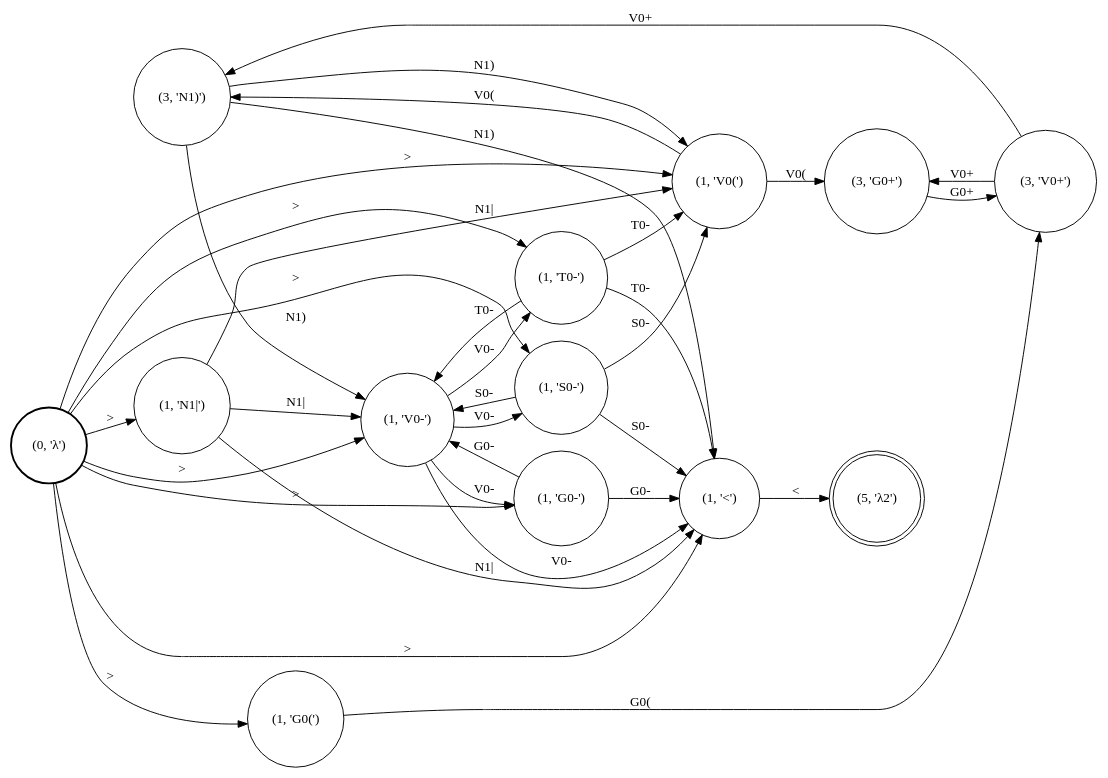
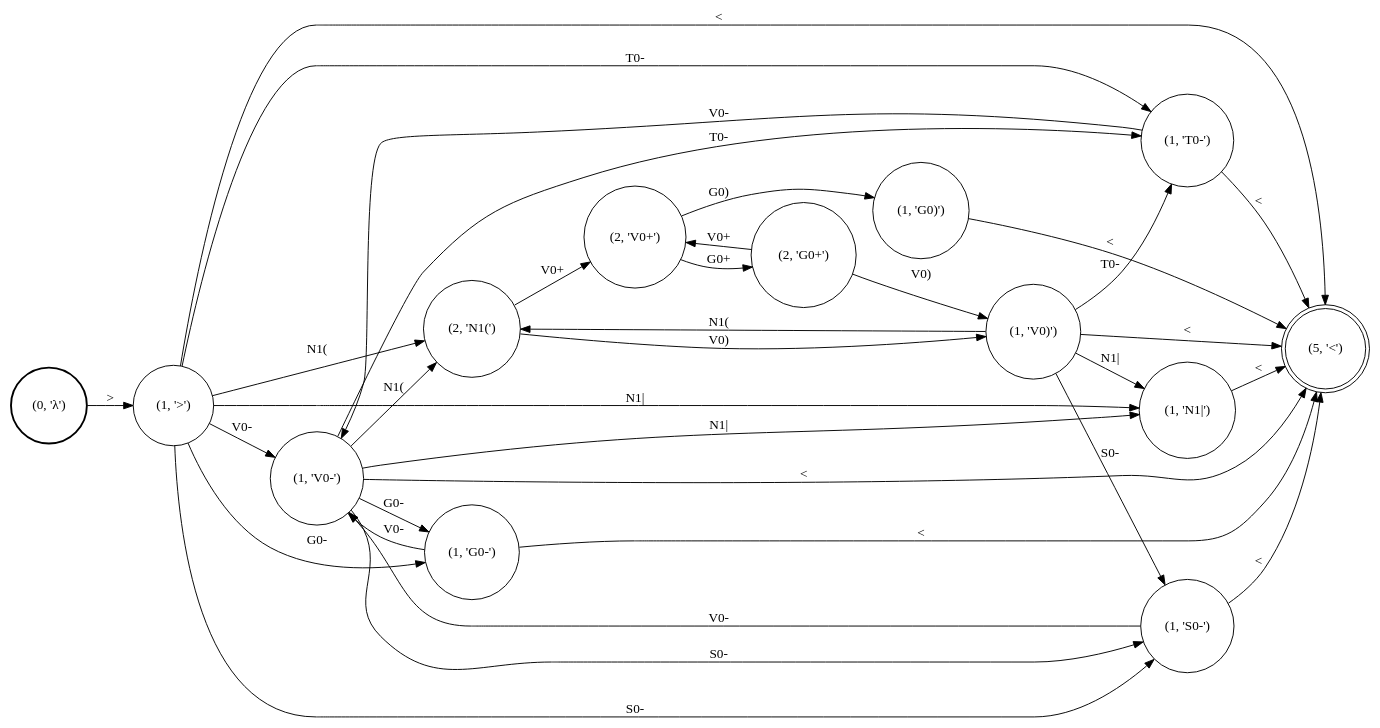
Before and after one commit to colincwilson/statgram: the diagram in demo/nasal_spreading/Lang_nasal.dot, drawn with Graphviz. The commit also changed 12 other files, not shown here.

```diff
--- a/demo/nasal_spreading/Lang_nasal.dot
+++ b/demo/nasal_spreading/Lang_nasal.dot
@@ -1,50 +1,50 @@
 digraph G {
 rankdir=LR;
 node [shape=circle]
-0 [label="(3, 'N1)')"]
-1 [label="(1, 'G0-')"]
-2 [label="(1, 'V0(')"]
-3 [label="(3, 'G0+')"]
-4 [label="(1, 'T0-')"]
-5 [label="(1, '<')"]
-6 [shape=doublecircle label="(5, 'λ2')"]
-7 [label="(3, 'V0+')"]
-8 [label="(1, 'S0-')"]
-9 [label="(1, 'V0-')"]
-10 [style=bold label="(0, 'λ')"]
-11 [label="(1, 'N1|')"]
-12 [label="(1, 'G0(')"]
-10 -> 4 [label=">"]
-10 -> 8 [label=">"]
-4 -> 9 [label="T0-"]
-1 -> 5 [label="G0-"]
-9 -> 1 [label="V0-"]
-10 -> 12 [label=">"]
-8 -> 5 [label="S0-"]
-4 -> 2 [label="T0-"]
-7 -> 0 [label="V0+"]
-10 -> 5 [label=">"]
-2 -> 0 [label="V0("]
-0 -> 9 [label="N1)"]
-9 -> 5 [label="V0-"]
-0 -> 2 [label="N1)"]
-10 -> 11 [label=">"]
-11 -> 9 [label="N1|"]
+0 [label="(1, 'V0-')"]
+1 [shape=doublecircle label="(5, '<')"]
+2 [label="(1, '>')"]
+3 [style=bold label="(0, 'λ')"]
+4 [label="(1, 'V0)')"]
+5 [label="(1, 'T0-')"]
+6 [label="(1, 'G0)')"]
+7 [label="(1, 'N1|')"]
+8 [label="(2, 'N1(')"]
+9 [label="(2, 'V0+')"]
+10 [label="(1, 'G0-')"]
+11 [label="(1, 'S0-')"]
+12 [label="(2, 'G0+')"]
+5 -> 0 [label="V0-"]
+11 -> 1 [label="<"]
+10 -> 1 [label="<"]
+0 -> 8 [label="N1("]
+12 -> 9 [label="V0+"]
+4 -> 11 [label="S0-"]
+4 -> 7 [label="N1|"]
+12 -> 4 [label="V0)"]
+9 -> 6 [label="G0)"]
+7 -> 1 [label="<"]
+2 -> 8 [label="N1("]
+0 -> 10 [label="G0-"]
+4 -> 8 [label="N1("]
+0 -> 5 [label="T0-"]
+9 -> 12 [label="G0+"]
 4 -> 5 [label="T0-"]
-10 -> 1 [label=">"]
-11 -> 5 [label="N1|"]
-8 -> 9 [label="S0-"]
-7 -> 3 [label="V0+"]
-5 -> 6 [label="<"]
-11 -> 2 [label="N1|"]
-12 -> 7 [label="G0("]
-9 -> 8 [label="V0-"]
-8 -> 2 [label="S0-"]
-9 -> 4 [label="V0-"]
-0 -> 5 [label="N1)"]
-10 -> 9 [label=">"]
-3 -> 7 [label="G0+"]
-10 -> 2 [label=">"]
-2 -> 3 [label="V0("]
-1 -> 9 [label="G0-"]
+10 -> 0 [label="V0-"]
+2 -> 10 [label="G0-"]
+2 -> 5 [label="T0-"]
+8 -> 9 [label="V0+"]
+5 -> 1 [label="<"]
+2 -> 1 [label="<"]
+8 -> 4 [label="V0)"]
+6 -> 1 [label="<"]
+3 -> 2 [label=">"]
+0 -> 11 [label="S0-"]
+0 -> 7 [label="N1|"]
+2 -> 11 [label="S0-"]
+11 -> 0 [label="V0-"]
+0 -> 1 [label="<"]
+4 -> 1 [label="<"]
+2 -> 7 [label="N1|"]
+2 -> 0 [label="V0-"]
 }
```
